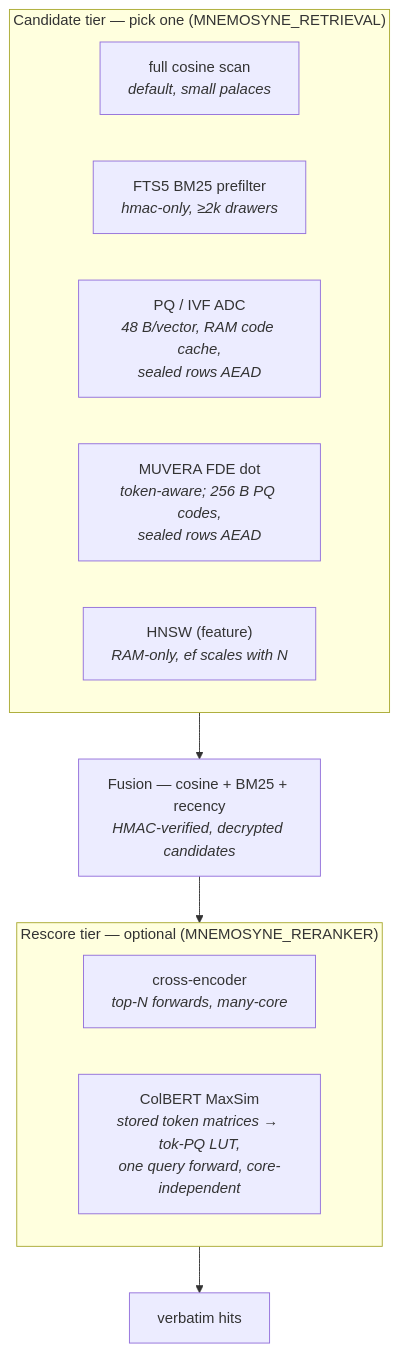
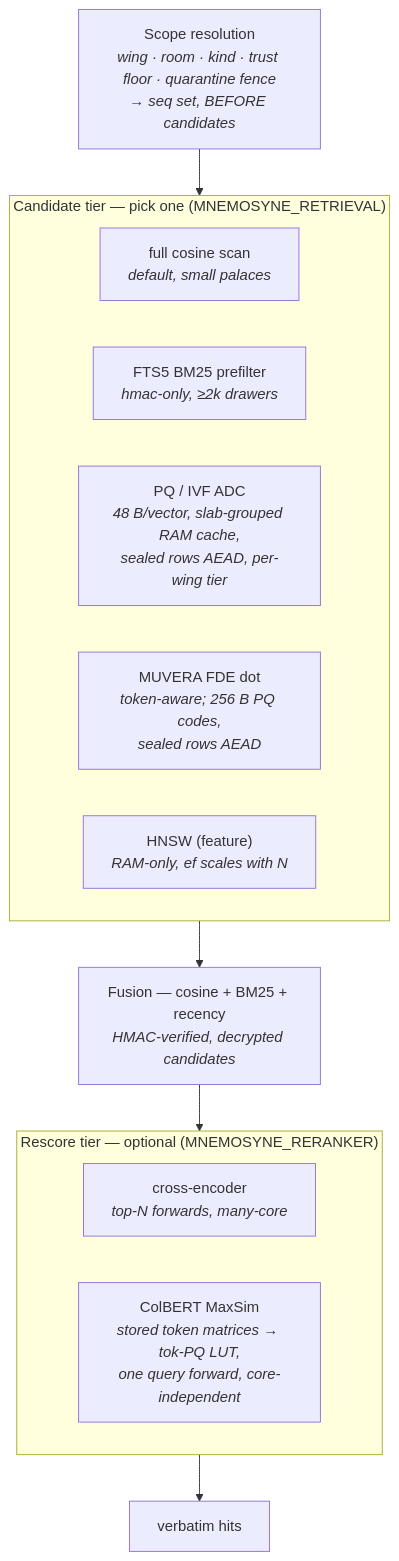
Before and after one commit to compufreq/mnemosyne: the diagram in docs/RETRIEVAL_SCALING.md, drawn with Mermaid. The commit also changed other lines of this file and 4 other files, not shown here.

````diff
--- a/docs/RETRIEVAL_SCALING.md
+++ b/docs/RETRIEVAL_SCALING.md
@@ -23,17 +43,18 @@
 ```mermaid
 flowchart TB
+    scope["Scope resolution<br/><i>wing · room · kind · trust floor · quarantine fence<br/>→ seq set, BEFORE candidates</i>"] --> c
     subgraph c["Candidate tier — pick one (MNEMOSYNE_RETRIEVAL)"]
         scan["full cosine scan<br/><i>default, small palaces</i>"]
         ftsx["FTS5 BM25 prefilter<br/><i>hmac-only, ≥2k drawers</i>"]
-        pqx["PQ / IVF ADC<br/><i>48 B/vector, RAM code cache,<br/>sealed rows AEAD</i>"]
+        pqx["PQ / IVF ADC<br/><i>48 B/vector, slab-grouped RAM cache,<br/>sealed rows AEAD, per-wing tier</i>"]
         fdex["MUVERA FDE dot<br/><i>token-aware; 256 B PQ codes,<br/>sealed rows AEAD</i>"]
         hnswx["HNSW (feature)<br/><i>RAM-only, ef scales with N</i>"]
     end
     c --> fusion["Fusion — cosine + BM25 + recency<br/><i>HMAC-verified, decrypted candidates</i>"]
     fusion --> r
     subgraph r["Rescore tier — optional (MNEMOSYNE_RERANKER)"]
         cex["cross-encoder<br/><i>top-N forwards, many-core</i>"]
         msx["ColBERT MaxSim<br/><i>stored token matrices → tok-PQ LUT,<br/>one query forward, core-independent</i>"]
     end
     r --> hits["verbatim hits"]
 ```
````
